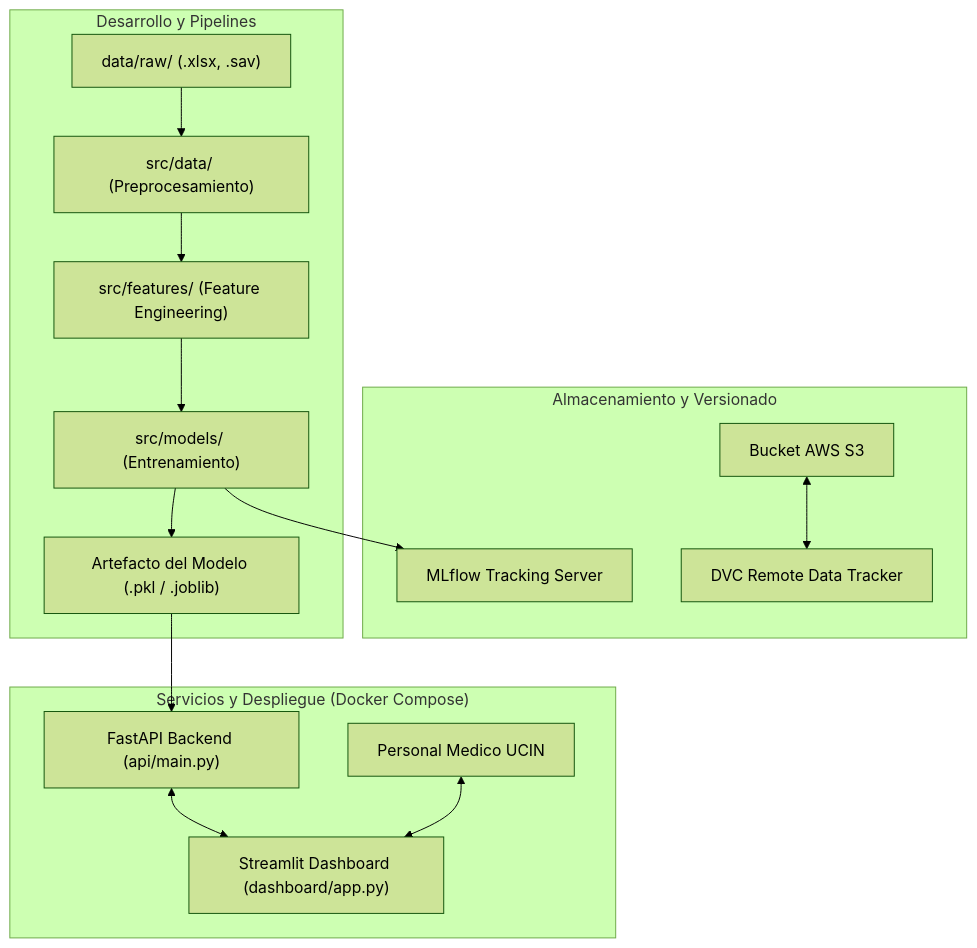
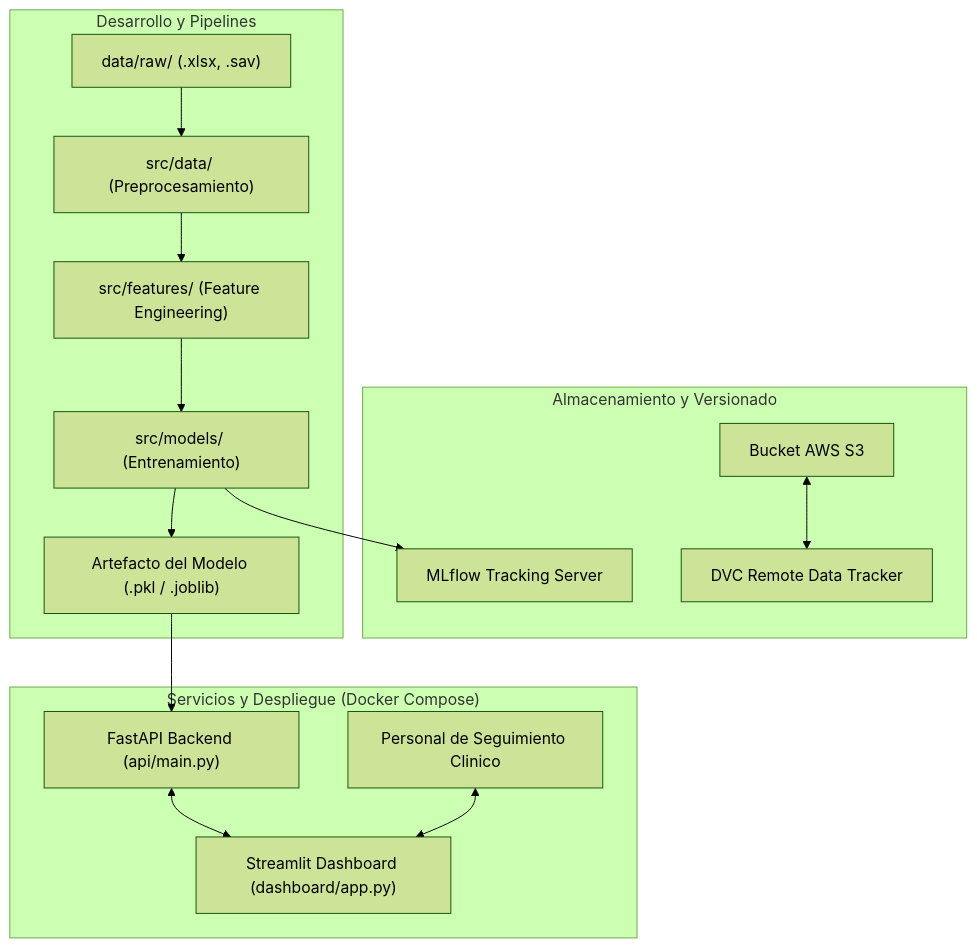
One commit to MAIA-FinalProject/Microproyecto changed the first of 2 diagrams in README.md. Above: the diagram before and after it, drawn with Mermaid (forest theme). The commit also changed other lines of this file, not shown here.

````diff
--- a/README.md
+++ b/README.md
@@ -41,23 +45,23 @@
 ```mermaid
 flowchart TD
     subgraph Almacenamiento_y_Versionado["Almacenamiento y Versionado"]
         S3["Bucket AWS S3"]
         DVC["DVC Remote Data Tracker"]
         MLflow_Server["MLflow Tracking Server"]
         S3 <--> DVC
     end
 
     subgraph Desarrollo_y_Pipelines["Desarrollo y Pipelines"]
         RAW["data/raw/ (.xlsx, .sav)"] --> PRE["src/data/ (Preprocesamiento)"]
         PRE --> FEAT["src/features/ (Feature Engineering)"]
         FEAT --> TRAIN["src/models/ (Entrenamiento)"]
         TRAIN --> MLflow_Server
         TRAIN --> MODEL_ART["Artefacto del Modelo (.pkl / .joblib)"]
     end
 
     subgraph Servicios_y_Despliegue["Servicios y Despliegue (Docker Compose)"]
         MODEL_ART --> API["FastAPI Backend (api/main.py)"]
         API <--> ST["Streamlit Dashboard (dashboard/app.py)"]
-        USER["Personal Medico UCIN"] <--> ST
+        USER["Personal de Seguimiento Clinico"] <--> ST
     end
 ```
````
